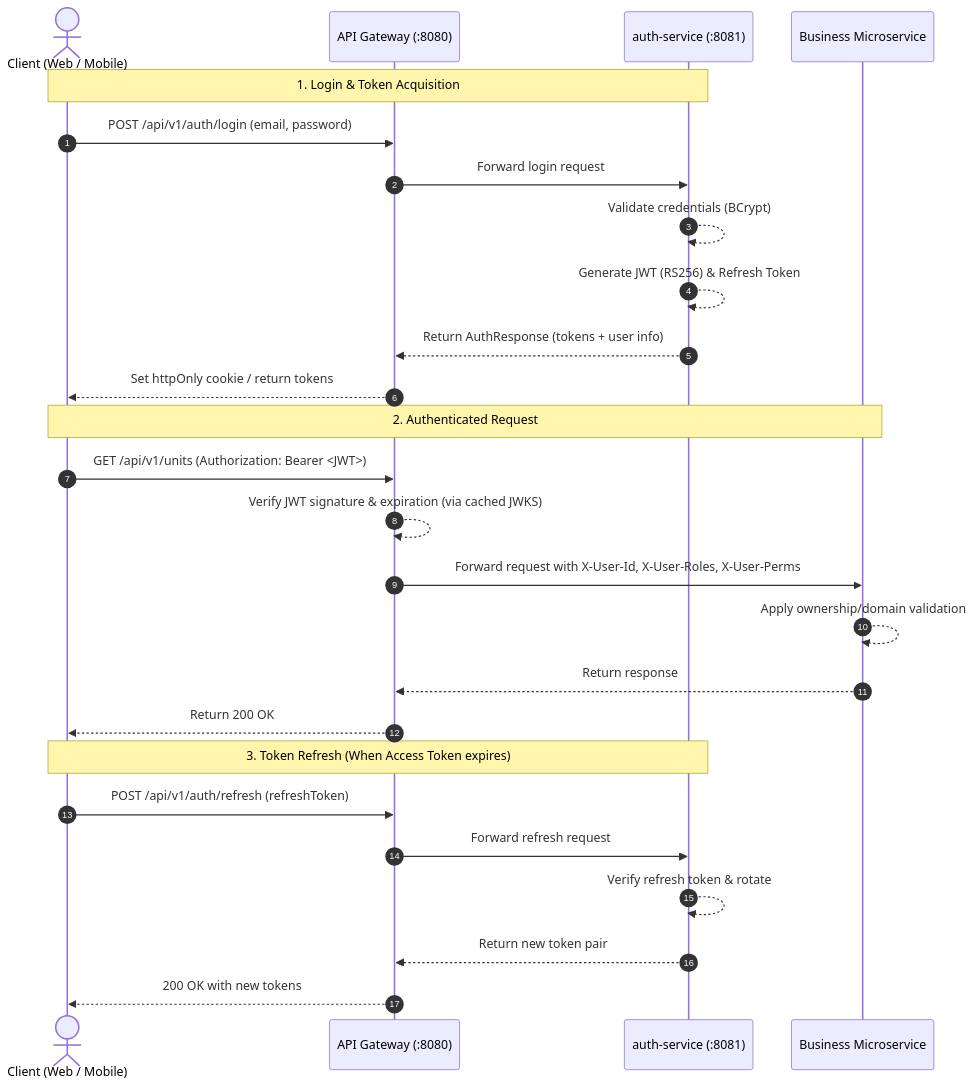
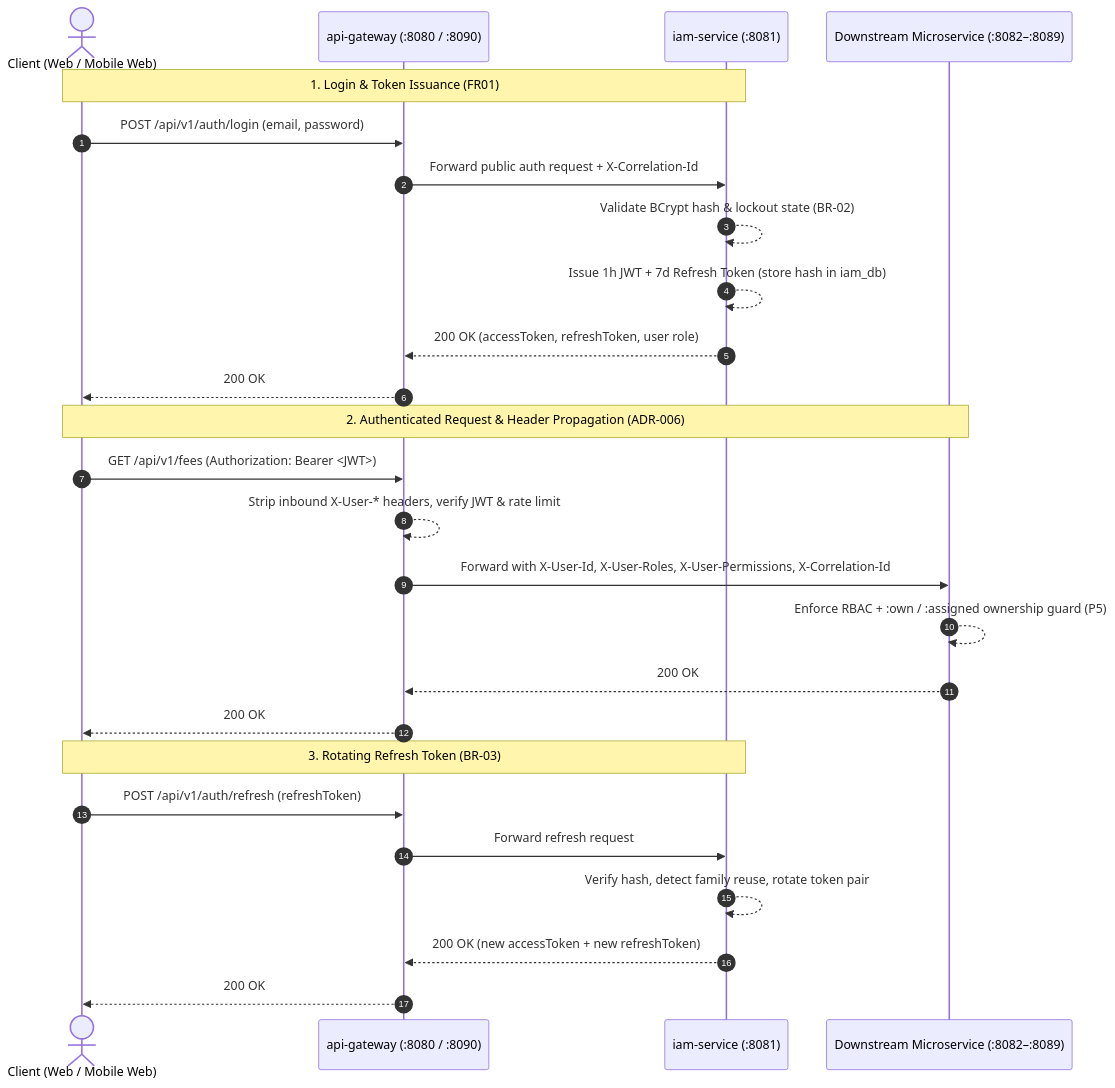
The diagram in 07-api/authentication.md (code-sena/resi-complex-docs), drawn with Mermaid before and after one commit. The commit also changed other lines of this file and 76 other files, not shown here.

````diff
--- a/07-api/authentication.md
+++ b/07-api/authentication.md
@@ -60,31 +63,31 @@
 ```mermaid
 sequenceDiagram
     autonumber
-    actor User as Client (Web / Mobile)
-    participant GW as API Gateway (:8080)
-    participant Auth as auth-service (:8081)
-    participant Service as Business Microservice
+    actor User as Client (Web / Mobile Web)
+    participant GW as api-gateway (:8080 / :8090)
+    participant IAM as iam-service (:8081)
+    participant SVC as Downstream Microservice (:8082–:8089)
 
-    Note over User,Auth: 1. Login & Token Acquisition
+    Note over User,IAM: 1. Login & Token Issuance (FR01)
     User->>GW: POST /api/v1/auth/login (email, password)
-    GW->>Auth: Forward login request
-    Auth-->>Auth: Validate credentials (BCrypt)
-    Auth-->>Auth: Generate JWT (RS256) & Refresh Token
-    Auth-->>GW: Return AuthResponse (tokens + user info)
-    GW-->>User: Set httpOnly cookie / return tokens
+    GW->>IAM: Forward public auth request + X-Correlation-Id
+    IAM-->>IAM: Validate BCrypt hash & lockout state (BR-02)
+    IAM-->>IAM: Issue 1h JWT + 7d Refresh Token (store hash in iam_db)
+    IAM-->>GW: 200 OK (accessToken, refreshToken, user role)
+    GW-->>User: 200 OK
 
-    Note over User,Service: 2. Authenticated Request
-    User->>GW: GET /api/v1/units (Authorization: Bearer <JWT>)
-    GW-->>GW: Verify JWT signature & expiration (via cached JWKS)
-    GW->>Service: Forward request with X-User-Id, X-User-Roles, X-User-Perms
-    Service-->>Service: Apply ownership/domain validation
-    Service-->>GW: Return response
-    GW-->>User: Return 200 OK
+    Note over User,SVC: 2. Authenticated Request & Header Propagation (ADR-006)
+    User->>GW: GET /api/v1/fees (Authorization: Bearer <JWT>)
+    GW-->>GW: Strip inbound X-User-* headers, verify JWT & rate limit
+    GW->>SVC: Forward with X-User-Id, X-User-Roles, X-User-Permissions, X-Correlation-Id
+    SVC-->>SVC: Enforce RBAC + :own / :assigned ownership guard (P5)
+    SVC-->>GW: 200 OK
+    GW-->>User: 200 OK
 
-    Note over User,Auth: 3. Token Refresh (When Access Token expires)
+    Note over User,IAM: 3. Rotating Refresh Token (BR-03)
     User->>GW: POST /api/v1/auth/refresh (refreshToken)
-    GW->>Auth: Forward refresh request
-    Auth-->>Auth: Verify refresh token & rotate
-    Auth-->>GW: Return new token pair
-    GW-->>User: 200 OK with new tokens
+    GW->>IAM: Forward refresh request
+    IAM-->>IAM: Verify hash, detect family reuse, rotate token pair
+    IAM-->>GW: 200 OK (new accessToken + new refreshToken)
+    GW-->>User: 200 OK
 ```
````
